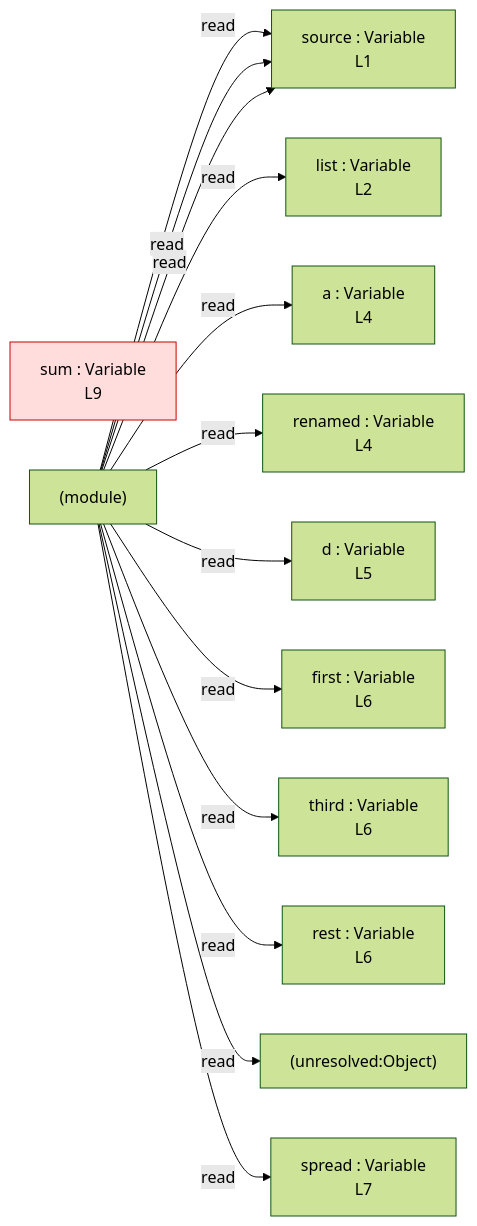
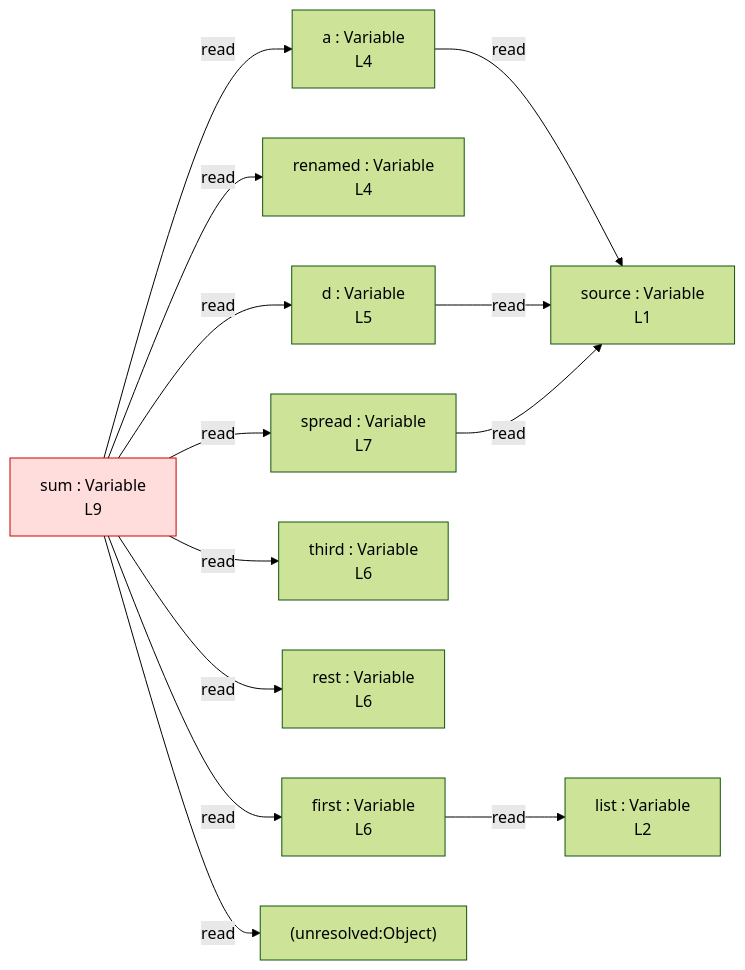
One commit to crescware/unsnarl changed the diagram in integration/fixtures/destructuring/preview.md. Above: the diagram before and after it, drawn with Mermaid (forest theme). The commit also changed 38 other files, not shown here.

First line of the commit message:
feat: route Mermaid edges through the initialized variable (owner)

````diff
--- a/integration/fixtures/destructuring/preview.md
+++ b/integration/fixtures/destructuring/preview.md
@@ -19,29 +19,28 @@
 ```mermaid
 flowchart LR
   n_scope_0_source_6["source : Variable\nL1"]
   n_scope_0_list_61["list : Variable\nL2"]
   n_scope_0_a_95["a : Variable\nL4"]
   n_scope_0_renamed_101["renamed : Variable\nL4"]
   n_scope_0_d_139["d : Variable\nL5"]
   n_scope_0_first_162["first : Variable\nL6"]
   n_scope_0_third_171["third : Variable\nL6"]
   n_scope_0_rest_181["rest : Variable\nL6"]
   n_scope_0_spread_206["spread : Variable\nL7"]
   n_scope_0_sum_232["sum : Variable\nL9"]
   n_scope_0_Object_286["(unresolved:Object)"]
-  module_root -->|read| n_scope_0_source_6
-  module_root -->|read| n_scope_0_source_6
-  module_root -->|read| n_scope_0_list_61
-  module_root -->|read| n_scope_0_source_6
-  module_root -->|read| n_scope_0_a_95
-  module_root -->|read| n_scope_0_renamed_101
-  module_root -->|read| n_scope_0_d_139
-  module_root -->|read| n_scope_0_first_162
-  module_root -->|read| n_scope_0_third_171
-  module_root -->|read| n_scope_0_rest_181
-  module_root -->|read| n_scope_0_Object_286
-  module_root -->|read| n_scope_0_spread_206
-  module_root["(module)"]
+  n_scope_0_a_95 -->|read| n_scope_0_source_6
+  n_scope_0_d_139 -->|read| n_scope_0_source_6
+  n_scope_0_first_162 -->|read| n_scope_0_list_61
+  n_scope_0_spread_206 -->|read| n_scope_0_source_6
+  n_scope_0_sum_232 -->|read| n_scope_0_a_95
+  n_scope_0_sum_232 -->|read| n_scope_0_renamed_101
+  n_scope_0_sum_232 -->|read| n_scope_0_d_139
+  n_scope_0_sum_232 -->|read| n_scope_0_first_162
+  n_scope_0_sum_232 -->|read| n_scope_0_third_171
+  n_scope_0_sum_232 -->|read| n_scope_0_rest_181
+  n_scope_0_sum_232 -->|read| n_scope_0_Object_286
+  n_scope_0_sum_232 -->|read| n_scope_0_spread_206
   classDef unused fill:#fdd,stroke:#c00;
   class n_scope_0_sum_232 unused;
 ```
````
